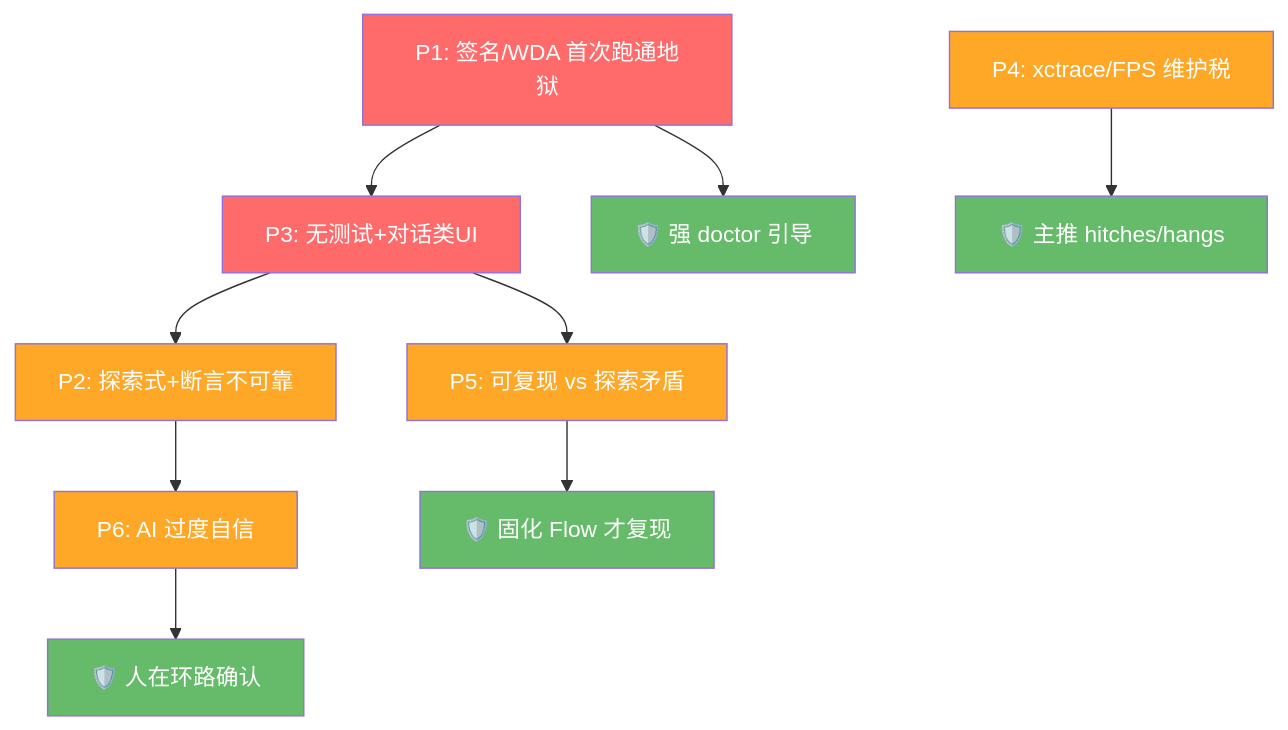
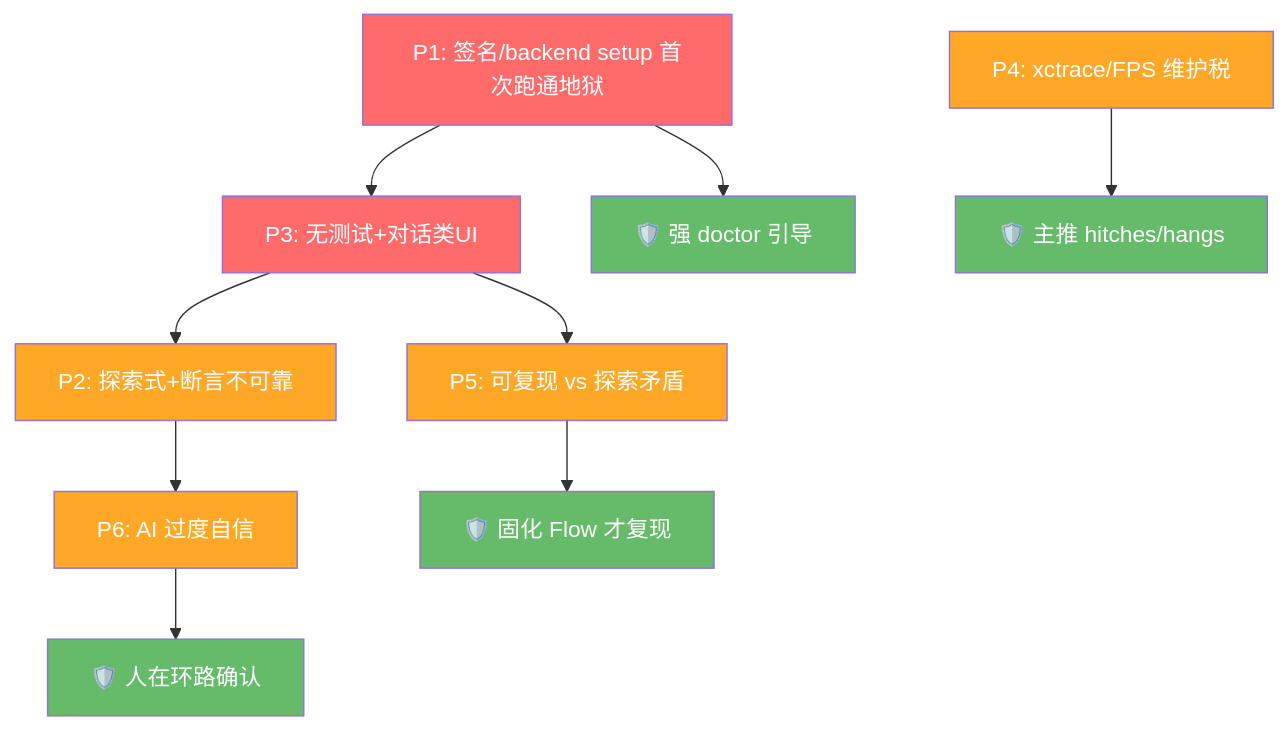
Before and after one commit to logan-suu/iTestAgent: the diagram in docs/03-implementation/开发避坑与关键注意点手册.md, drawn with Mermaid. The commit also changed other lines of this file and 4 other files, not shown here.

````diff
--- a/docs/03-implementation/开发避坑与关键注意点手册.md
+++ b/docs/03-implementation/开发避坑与关键注意点手册.md
@@ -44,26 +44,26 @@
 ```mermaid
 flowchart TD
-    P1["P1: 签名/WDA 首次跑通地狱"] --> P3["P3: 无测试+对话类UI"]
+    P1["P1: 签名/backend setup 首次跑通地狱"] --> P3["P3: 无测试+对话类UI"]
     P1 --> D1["🛡️ 强 doctor 引导"]
 
     P3 --> P2["P2: 探索式+断言不可靠"]
     P3 --> P5["P5: 可复现 vs 探索矛盾"]
 
     P2 --> P6["P6: AI 过度自信"]
 
     P4["P4: xctrace/FPS 维护税"] --> D2["🛡️ 主推 hitches/hangs"]
 
     P5 --> D3["🛡️ 固化 Flow 才复现"]
     P6 --> D4["🛡️ 人在环路确认"]
 
     style P1 fill:#ff6b6b,color:white
     style P3 fill:#ff6b6b,color:white
     style P2 fill:#ffa726,color:white
     style P4 fill:#ffa726,color:white
     style P5 fill:#ffa726,color:white
     style P6 fill:#ffa726,color:white
     style D1 fill:#66bb6a,color:white
     style D2 fill:#66bb6a,color:white
     style D3 fill:#66bb6a,color:white
     style D4 fill:#66bb6a,color:white
 ```
````
